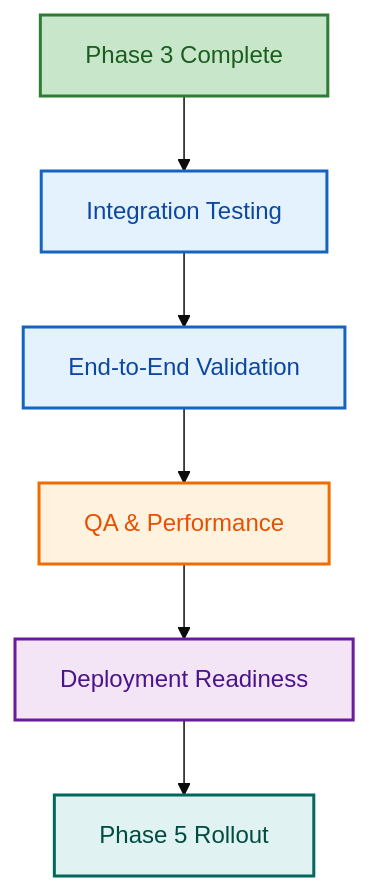
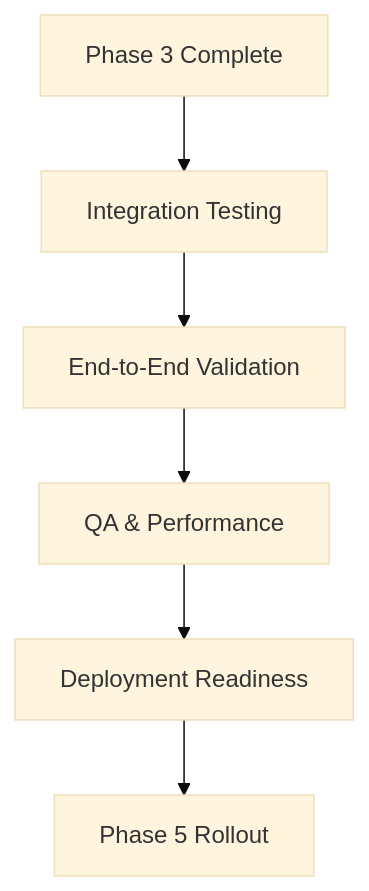
Before and after one commit to lightspeedwp/.github: the diagram in .github/projects/active/pr-creation-agent-phase-4-integration-2026-08-22/README.md, drawn with Mermaid (base theme). The commit also changed other lines of this file and 3 other files, not shown here.

First line of the commit message:
Phase 4: Complete integration testing and deployment readiness deliverables

````diff
--- a/.github/projects/active/pr-creation-agent-phase-4-integration-2026-08-22/README.md
+++ b/.github/projects/active/pr-creation-agent-phase-4-integration-2026-08-22/README.md
@@ -217,22 +217,8 @@
 ```mermaid
 flowchart TD
-  accTitle: Phase 4 Integration Testing Workflow
-  accDescr: Integration and end-to-end testing workflow
   A[Phase 3 Complete] --> B[Integration Testing]
   B --> C[End-to-End Validation]
   C --> D[QA & Performance]
   D --> E[Deployment Readiness]
   E --> F[Phase 5 Rollout]
-
-  classDef phase3 fill:#C8E6C9,stroke:#2E7D32,stroke-width:2px,color:#1B5E20;
-  classDef testing fill:#E3F2FD,stroke:#1565C0,stroke-width:2px,color:#0D47A1;
-  classDef qa fill:#FFF3E0,stroke:#EF6C00,stroke-width:2px,color:#E65100;
-  classDef ready fill:#F3E5F5,stroke:#6A1B9A,stroke-width:2px,color:#4A148C;
-  classDef next fill:#E0F2F1,stroke:#00695C,stroke-width:2px,color:#004D40;
-
-  class A phase3;
-  class B,C testing;
-  class D qa;
-  class E ready;
-  class F next;
 ```
````
